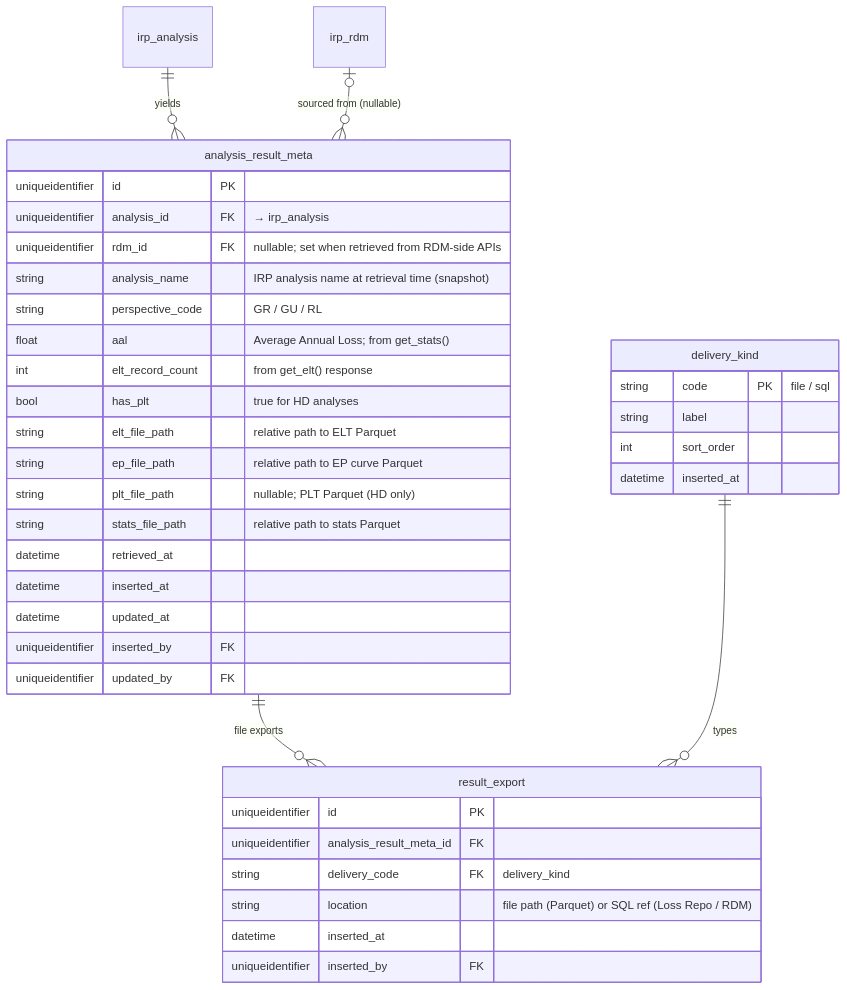
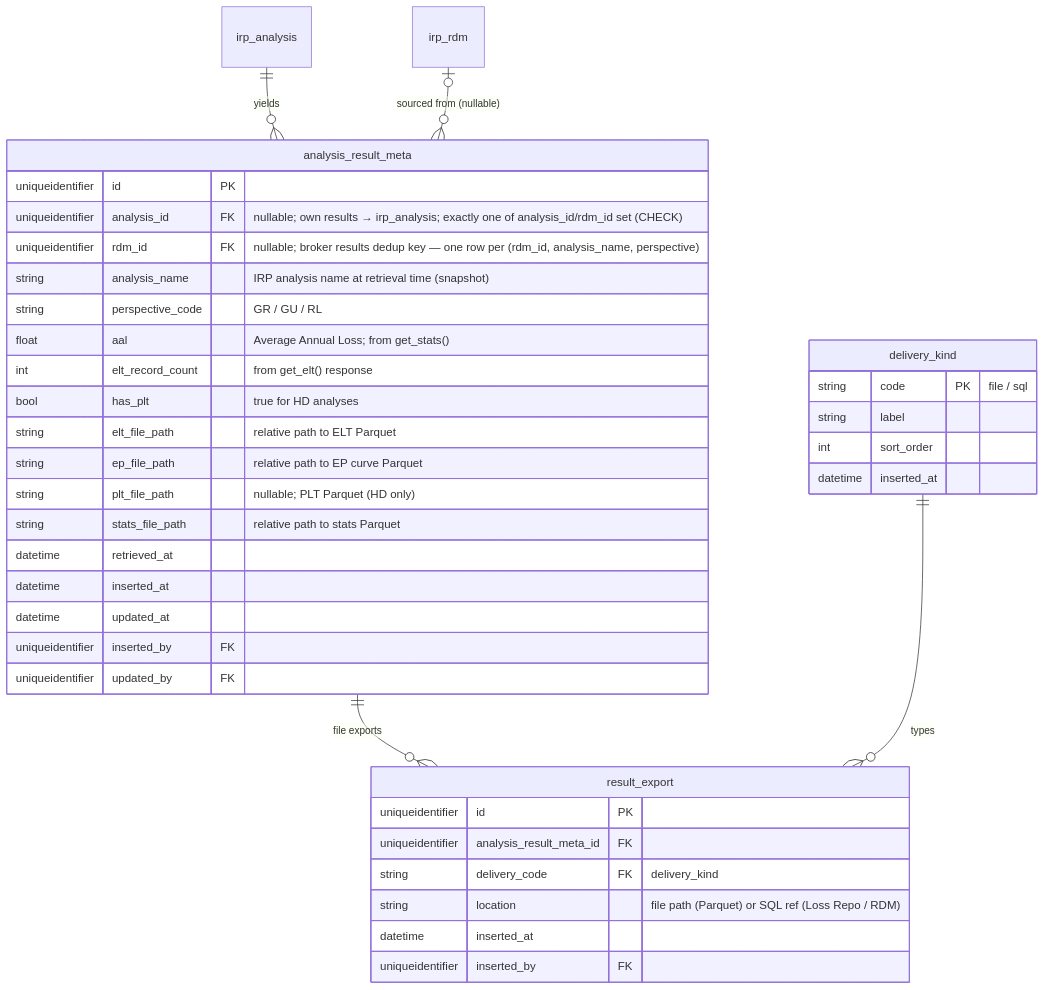
Before and after one commit to anilvenugopal/risk-workbench: the seventh of 9 diagrams in docs/DATA_MODEL.md, drawn with Mermaid. The commit also changed other lines of this file and 2 other files, not shown here.

````diff
--- a/docs/DATA_MODEL.md
+++ b/docs/DATA_MODEL.md
@@ -494,41 +500,41 @@
 ```mermaid
 erDiagram
   irp_analysis ||--o{ analysis_result_meta : yields
   irp_rdm |o--o{ analysis_result_meta : "sourced from (nullable)"
   analysis_result_meta ||--o{ result_export : "file exports"
   delivery_kind ||--o{ result_export : types
 
   analysis_result_meta {
     uniqueidentifier id PK
-    uniqueidentifier analysis_id FK "→ irp_analysis"
-    uniqueidentifier rdm_id FK "nullable; set when retrieved from RDM-side APIs"
+    uniqueidentifier analysis_id FK "nullable; own results → irp_analysis; exactly one of analysis_id/rdm_id set (CHECK)"
+    uniqueidentifier rdm_id FK "nullable; broker results dedup key — one row per (rdm_id, analysis_name, perspective)"
     string analysis_name "IRP analysis name at retrieval time (snapshot)"
     string perspective_code "GR / GU / RL"
     float aal "Average Annual Loss; from get_stats()"
     int elt_record_count "from get_elt() response"
     bool has_plt "true for HD analyses"
     string elt_file_path "relative path to ELT Parquet"
     string ep_file_path "relative path to EP curve Parquet"
     string plt_file_path "nullable; PLT Parquet (HD only)"
     string stats_file_path "relative path to stats Parquet"
     datetime retrieved_at
     datetime inserted_at
     datetime updated_at
     uniqueidentifier inserted_by FK
     uniqueidentifier updated_by FK
   }
   result_export {
     uniqueidentifier id PK
     uniqueidentifier analysis_result_meta_id FK
     string delivery_code FK "delivery_kind"
     string location "file path (Parquet) or SQL ref (Loss Repo / RDM)"
     datetime inserted_at
     uniqueidentifier inserted_by FK
   }
   delivery_kind {
     string code PK "file / sql"
     string label
     int sort_order
     datetime inserted_at
   }
 ```
````
